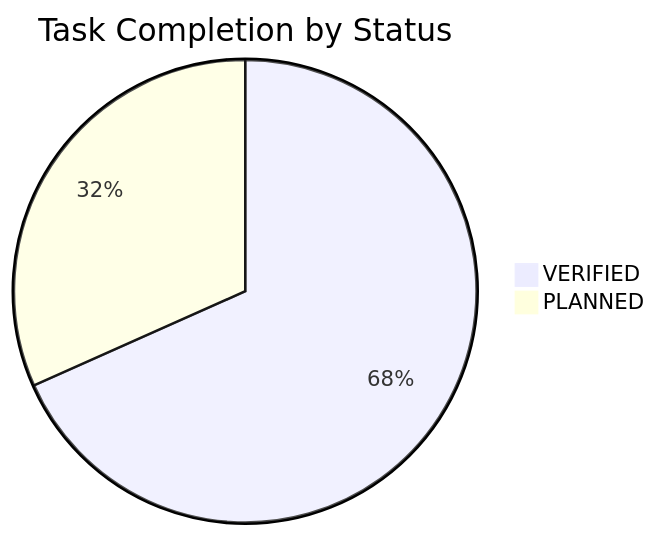
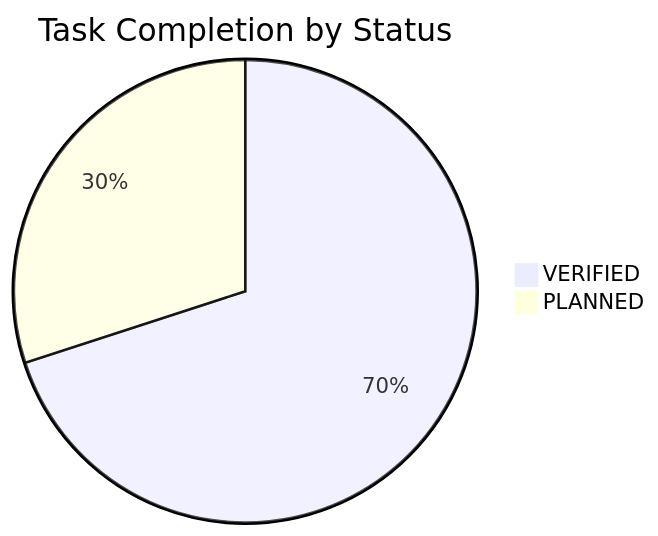
The diagram in docs/TASK_BOARD.md (NguyenTriBaoThang/ClearWayAI), drawn with Mermaid before and after one commit. The commit also changed other lines of this file and 10 other files, not shown here.

````diff
--- a/docs/TASK_BOARD.md
+++ b/docs/TASK_BOARD.md
@@ -16,5 +16,5 @@
 ```mermaid
 pie title Task Completion by Status
-    "VERIFIED" : 41
-    "PLANNED" : 19
+    "VERIFIED" : 42
+    "PLANNED" : 18
 ```
````
